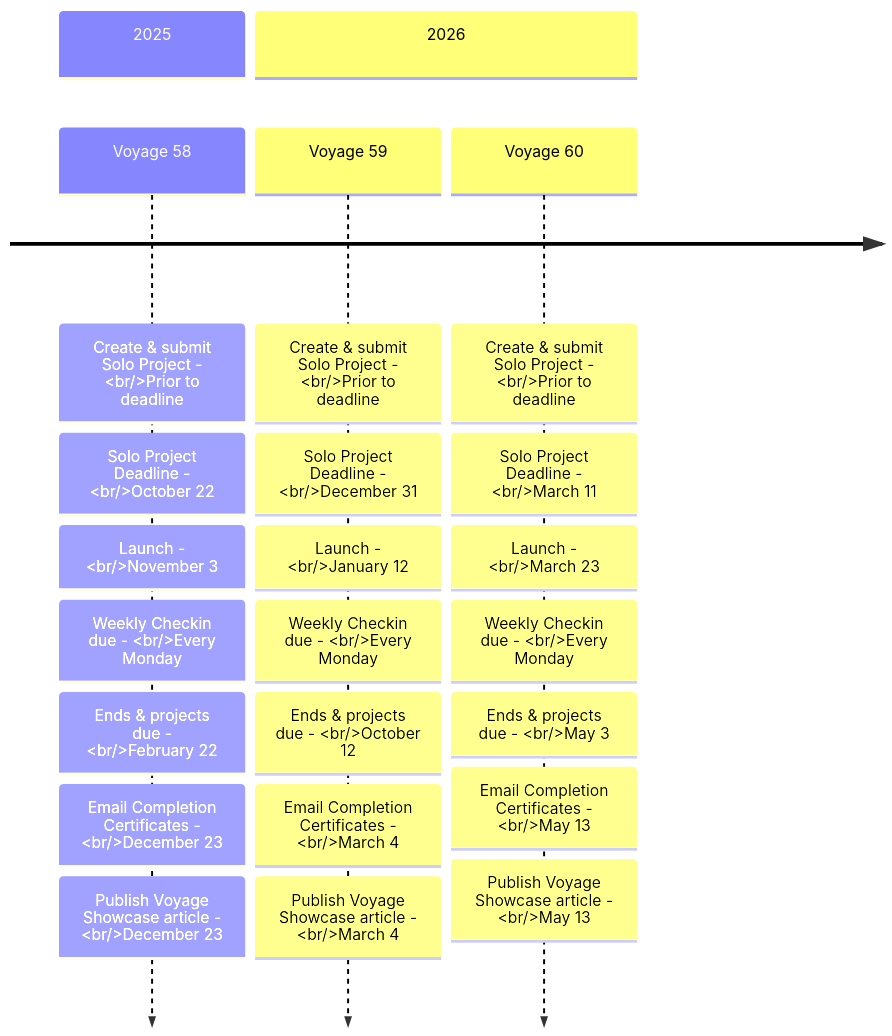
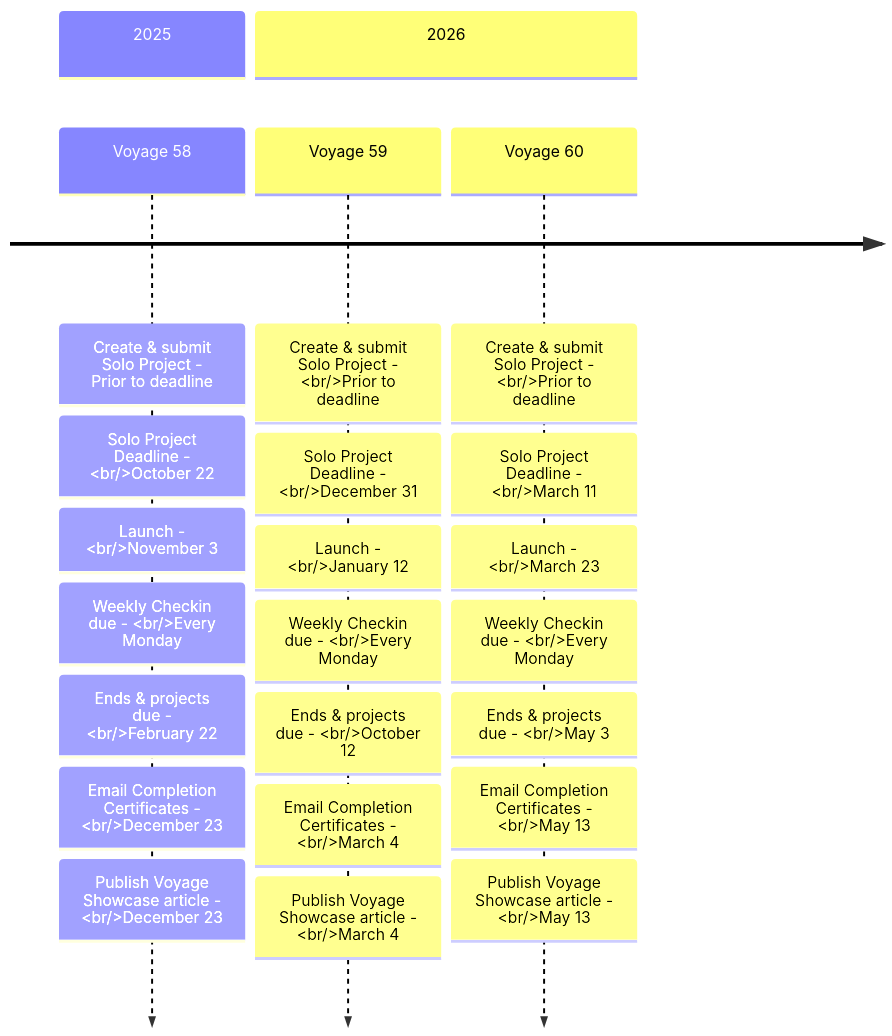
The first of 3 diagrams in docs/guides/voyage/voyage.md (chingu-voyages/Handbook), drawn with Mermaid before and after one commit.

Commit message:
Feature: Test <br> in mermaid timeline

````diff
--- a/docs/guides/voyage/voyage.md
+++ b/docs/guides/voyage/voyage.md
@@ -31,26 +31,26 @@
 ```mermaid
   timeline
     section 2025
-      Voyage 58: Create & submit Solo Project - <br/>Prior to deadline
+      Voyage 58: Create & submit Solo Project - <br>Prior to deadline
                : Solo Project Deadline - <br/>October 22
                : Launch - <br/>November 3
                : Weekly Checkin due - <br/>Every Monday
                : Ends & projects due - <br/>February 22
                : Email Completion Certificates - <br/>December 23
                : Publish Voyage Showcase article - <br/>December 23
     section 2026
       Voyage 59: Create & submit Solo Project - <br/>Prior to deadline
                : Solo Project Deadline - <br/>December 31
                : Launch - <br/>January 12
                : Weekly Checkin due - <br/>Every Monday
                : Ends & projects due - <br/>October 12
                : Email Completion Certificates - <br/>March 4
                : Publish Voyage Showcase article - <br/>March 4
       Voyage 60: Create & submit Solo Project - <br/>Prior to deadline
                : Solo Project Deadline - <br/>March 11
                : Launch - <br/>March 23 
                : Weekly Checkin due - <br/>Every Monday
                : Ends & projects due - <br/>May 3
                : Email Completion Certificates - <br/>May 13
                : Publish Voyage Showcase article - <br/>May 13
 ```
````
